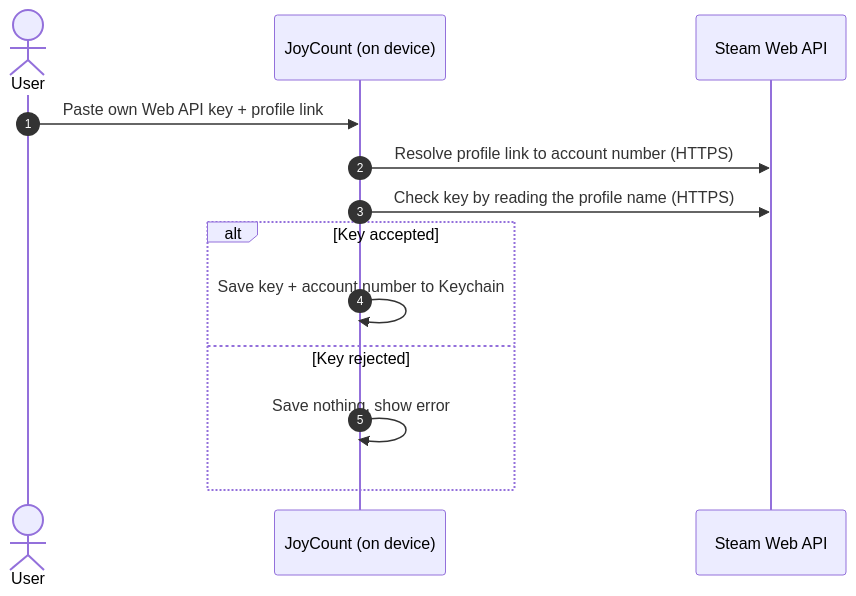
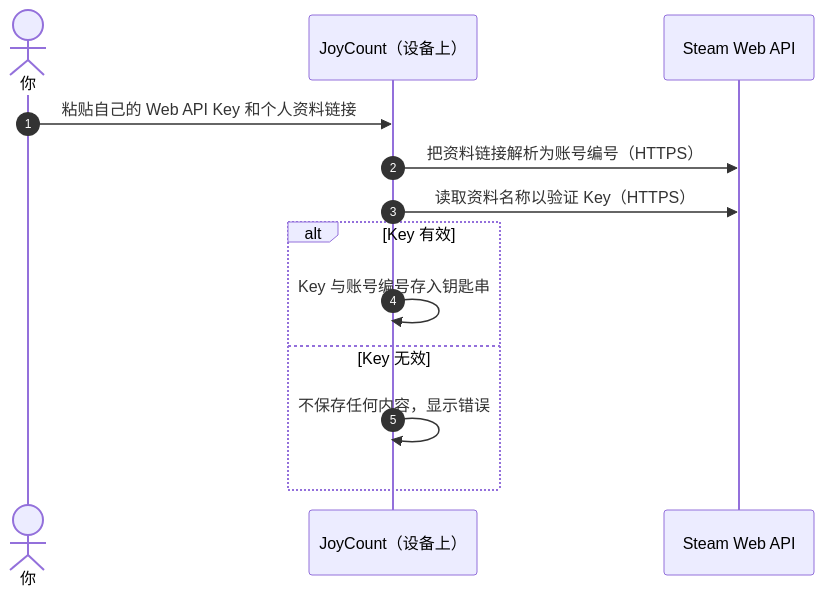
One commit to henryverse/joycount-security changed the second of 3 diagrams in README.zh-Hans.md. Above: the diagram before and after it, drawn with Mermaid. The commit also changed other lines of this file and 1 other file, not shown here.

First line of the commit message:
Replace the 3.0.2 Auto Match review with the JoyCount 3.1 Security & Privacy Report

````diff
--- a/README.zh-Hans.md
+++ b/README.zh-Hans.md
@@ -100,16 +131,16 @@
 ```mermaid
 sequenceDiagram
     autonumber
-    actor U as User
-    participant A as JoyCount (on device)
+    actor U as 你
+    participant A as JoyCount（设备上）
     participant V as Steam Web API
 
-    U->>A: Paste own Web API key + profile link
-    A->>V: Resolve profile link to account number (HTTPS)
-    A->>V: Check key by reading the profile name (HTTPS)
-    alt Key accepted
-        A->>A: Save key + account number to Keychain
-    else Key rejected
-        A->>A: Save nothing, show error
+    U->>A: 粘贴自己的 Web API Key 和个人资料链接
+    A->>V: 把资料链接解析为账号编号（HTTPS）
+    A->>V: 读取资料名称以验证 Key（HTTPS）
+    alt Key 有效
+        A->>A: Key 与账号编号存入钥匙串
+    else Key 无效
+        A->>A: 不保存任何内容，显示错误
     end
 ```
````
